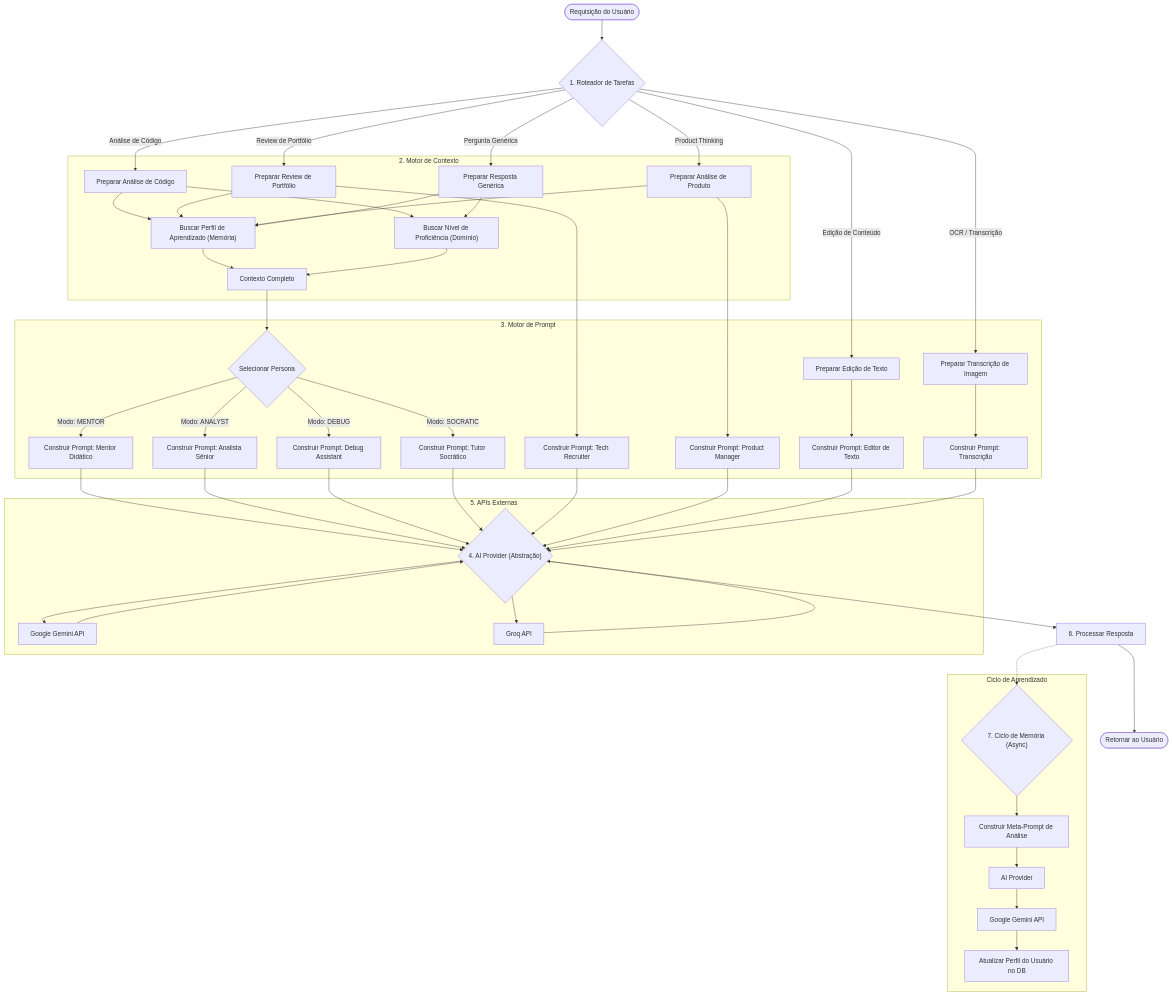
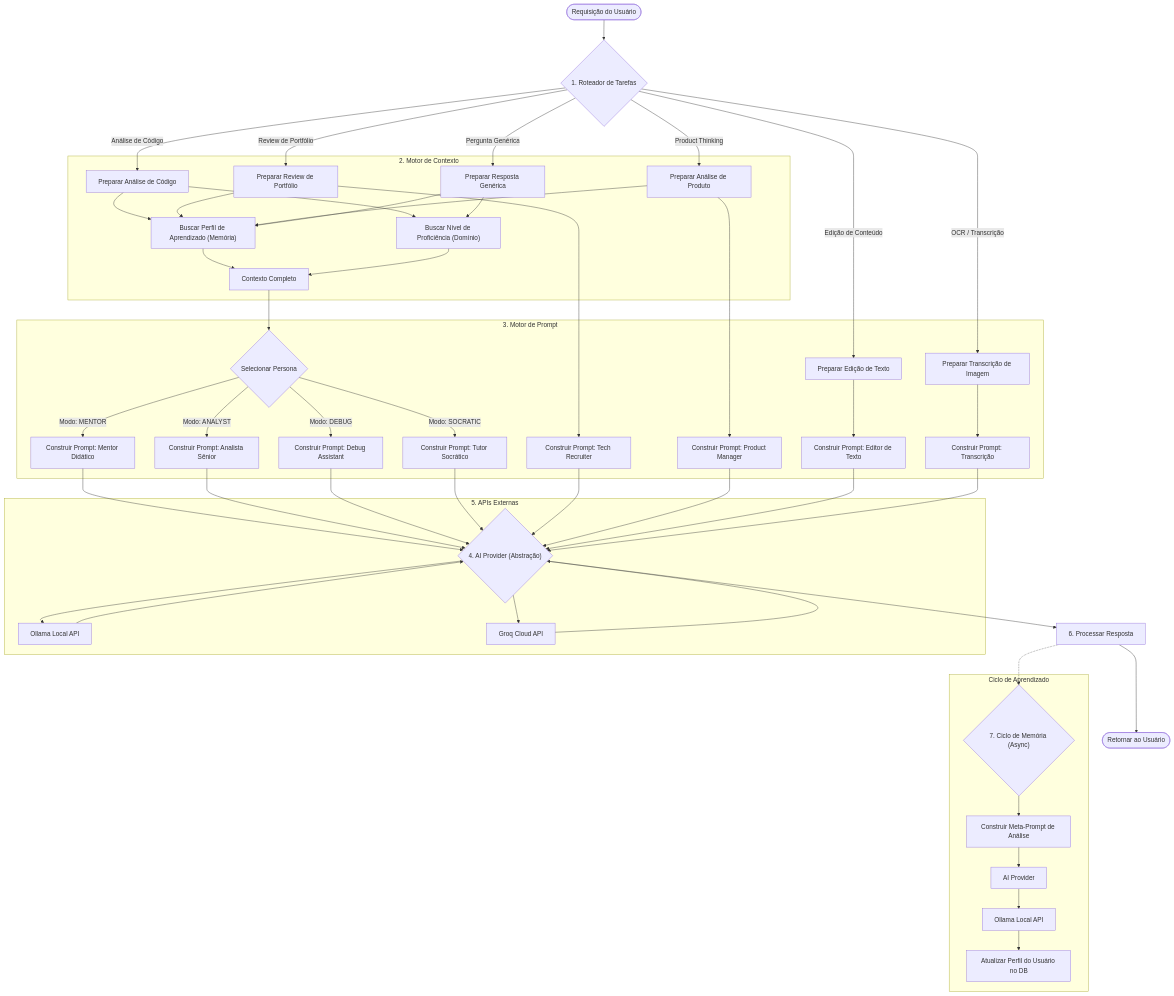
The first of 7 diagrams in docs/AI_ARCHITECTURE.md (matheus05dev/mindforge-api), drawn with Mermaid before and after one commit. The commit also changed other lines of this file and 6 other files, not shown here.

Commit message:
feat: Introduce core AI orchestration and memory services with Groq integration, alongside comprehensive API and architecture documentation.

````diff
--- a/docs/AI_ARCHITECTURE.md
+++ b/docs/AI_ARCHITECTURE.md
@@ -85,65 +90,65 @@
 ```mermaid
 flowchart TD
     Start(["Requisição do Usuário"]) --> Router{"1. Roteador de Tarefas"}
 
     Router -- "Análise de Código" --> CodeAnalysis["Preparar Análise de Código"]
     Router -- "Review de Portfólio" --> PortfolioReview["Preparar Review de Portfólio"]
     Router -- "Product Thinking" --> ProductThinking["Preparar Análise de Produto"]
     Router -- "Edição de Conteúdo" --> ContentEdit["Preparar Edição de Texto"]
     Router -- "OCR / Transcrição" --> OCR["Preparar Transcrição de Imagem"]
     Router -- "Pergunta Genérica" --> Generic["Preparar Resposta Genérica"]
 
     subgraph "2. Motor de Contexto"
         CodeAnalysis --> FetchProfile["Buscar Perfil de Aprendizado (Memória)"]
         PortfolioReview --> FetchProfile
         ProductThinking --> FetchProfile
         Generic --> FetchProfile
         CodeAnalysis --> FetchSubject["Buscar Nível de Proficiência (Domínio)"]
         Generic --> FetchSubject
         FetchProfile --> ContextReady["Contexto Completo"]
         FetchSubject --> ContextReady
     end
 
     subgraph "3. Motor de Prompt"
         ContextReady --> PersonaSelector{"Selecionar Persona"}
     
         PersonaSelector -- "Modo: MENTOR" --> PromptMentor["Construir Prompt: Mentor Didático"]
         PersonaSelector -- "Modo: ANALYST" --> PromptAnalyst["Construir Prompt: Analista Sênior"]
         PersonaSelector -- "Modo: DEBUG" --> PromptDebug["Construir Prompt: Debug Assistant"]
         PersonaSelector -- "Modo: SOCRATIC" --> PromptSocratic["Construir Prompt: Tutor Socrático"]
         
         PortfolioReview --> PromptRecruiter["Construir Prompt: Tech Recruiter"]
         ProductThinking --> PromptPM["Construir Prompt: Product Manager"]
         ContentEdit --> PromptEditor["Construir Prompt: Editor de Texto"]
         OCR --> PromptOCR["Construir Prompt: Transcrição"]
     end
 
     PromptMentor --> AIProvider{"4. AI Provider (Abstração)"}
     PromptAnalyst --> AIProvider
     PromptDebug --> AIProvider
     PromptSocratic --> AIProvider
     PromptRecruiter --> AIProvider
     PromptPM --> AIProvider
     PromptEditor --> AIProvider
     PromptOCR --> AIProvider
     
     subgraph "5. APIs Externas"
-        AIProvider --> GeminiAPI["Google Gemini API"]
-        AIProvider --> GroqAPI["Groq API"]
+        AIProvider --> OllamaAPI["Ollama Local API"]
+        AIProvider --> GroqAPI["Groq Cloud API"]
     end
 
-    GeminiAPI --> AIProvider
+    OllamaAPI --> AIProvider
     GroqAPI --> AIProvider
     
     AIProvider --> ResponseProcessor["6. Processar Resposta"]
 
     ResponseProcessor --> UserResponse(["Retornar ao Usuário"])
     ResponseProcessor -.-> AsyncMemory{"7. Ciclo de Memória (Async)"}
     
     subgraph "Ciclo de Aprendizado"
         AsyncMemory --> MetaPrompt["Construir Meta-Prompt de Análise"]
         MetaPrompt --> AIProviderMemory["AI Provider"]
-        AIProviderMemory --> GeminiAPIMemory["Google Gemini API"]
-        GeminiAPIMemory --> UpdateProfile["Atualizar Perfil do Usuário no DB"]
+        AIProviderMemory --> OllamaAPIMemory["Ollama Local API"]
+        OllamaAPIMemory --> UpdateProfile["Atualizar Perfil do Usuário no DB"]
     end
 ```
````
